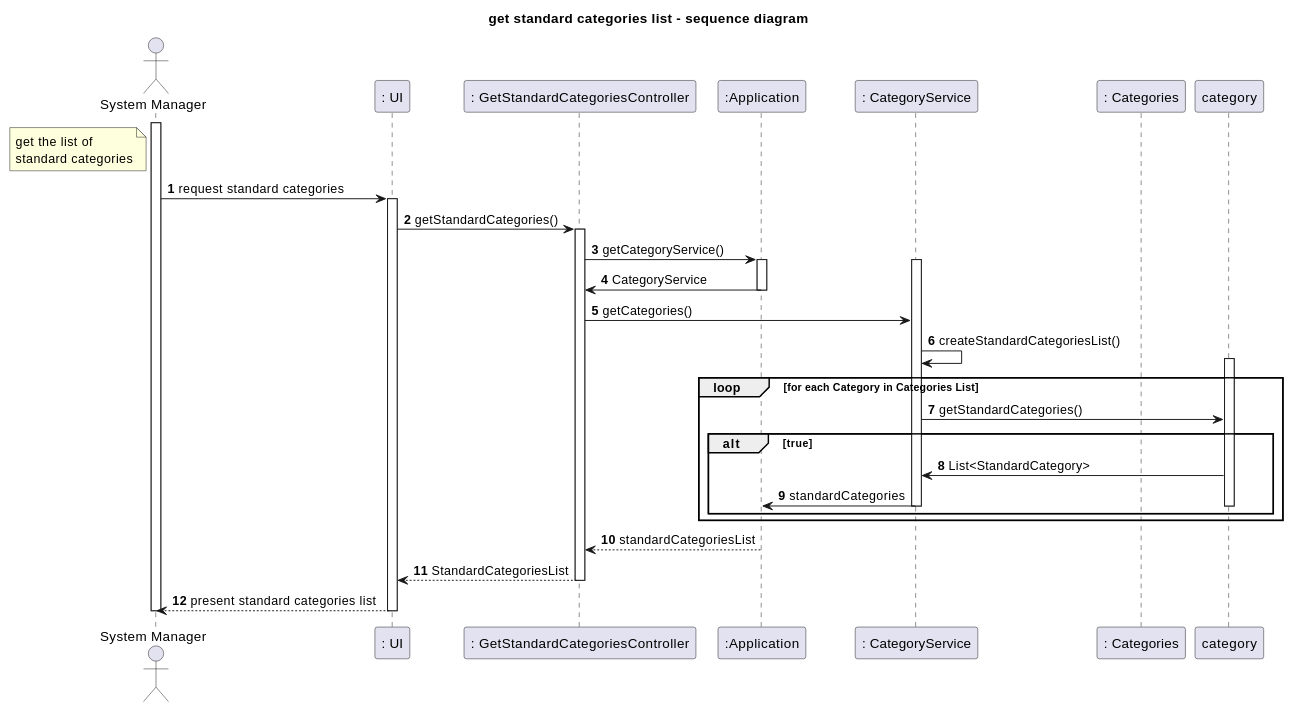
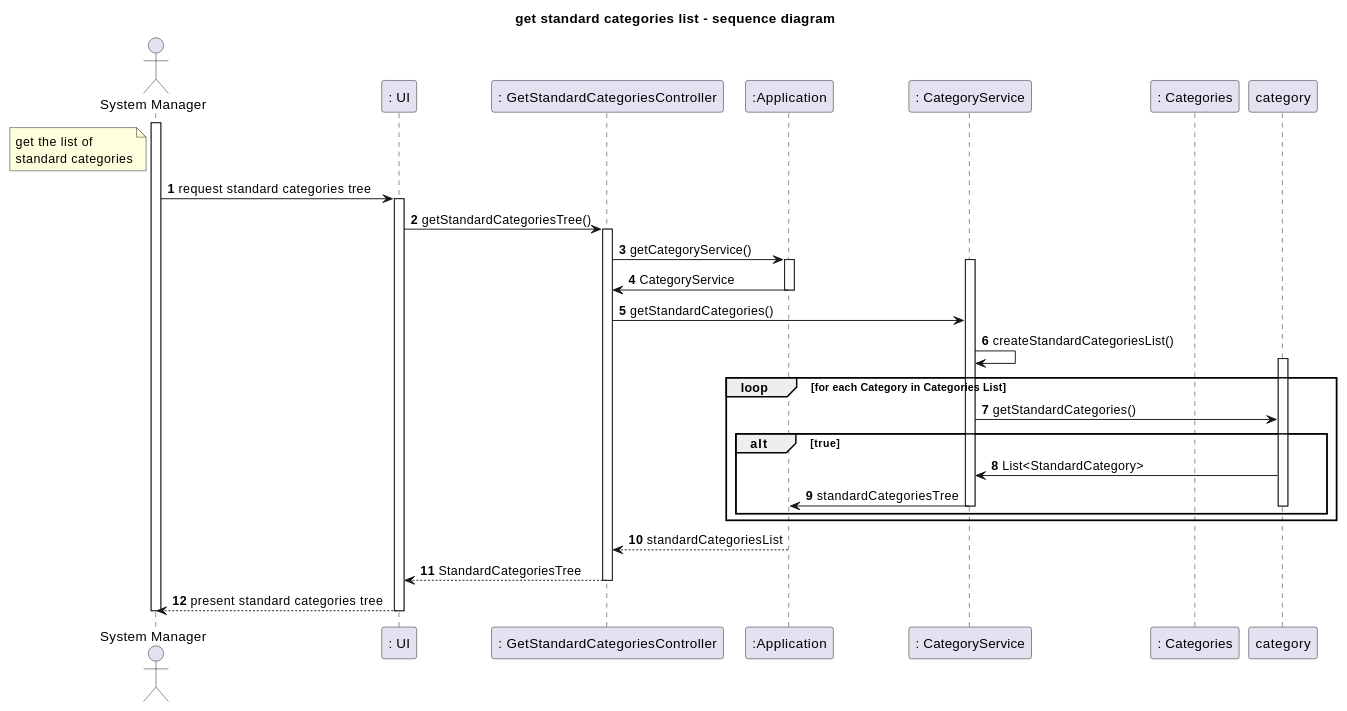
Before and after one commit to tomas-osswald/switch_2020_g3: the second of 3 diagrams in docs/US002_GetStandardCategories.md, drawn with PlantUML. The commit also changed other lines of this file and 12 other files, not shown here.

`````diff
--- a/docs/US002_GetStandardCategories.md
+++ b/docs/US002_GetStandardCategories.md
@@ -32,42 +51,42 @@
 ````puml
 autonumber
 title get standard categories list - sequence diagram
 actor "System Manager" as systemManager
 participant ": UI" as ui
 participant ": GetStandardCategoriesController" as controller
 participant ":Application" as app
 participant ": CategoryService" as service
 participant ": Categories" as list
 note left of systemManager:  get the list of \nstandard categories
 activate systemManager
-systemManager -> ui : request standard categories
+systemManager -> ui : request standard categories tree
 activate ui
-ui -> controller : getStandardCategories()
+ui -> controller : getStandardCategoriesTree()
 activate controller
 controller -> app : getCategoryService()
 activate app
 activate service
 app -> controller : CategoryService
 deactivate app
-controller -> service : getCategories()
+controller -> service : getStandardCategories()
 service -> service : createStandardCategoriesList()
 activate category
 loop for each Category in Categories List
 service -> category : getStandardCategories()
 alt true
 category -> service : List<StandardCategory>
-service -> app : standardCategories
+service -> app : standardCategoriesTree
 deactivate service
 deactivate category
 end
 end
 
 app --> controller : standardCategoriesList
 deactivate app
-controller --> ui :StandardCategoriesList
+controller --> ui :StandardCategoriesTree
 deactivate controller
-ui --> systemManager : present standard categories list
+ui --> systemManager : present standard categories tree
 deactivate ui
 deactivate systemManager
 @enduml
 ````
`````
